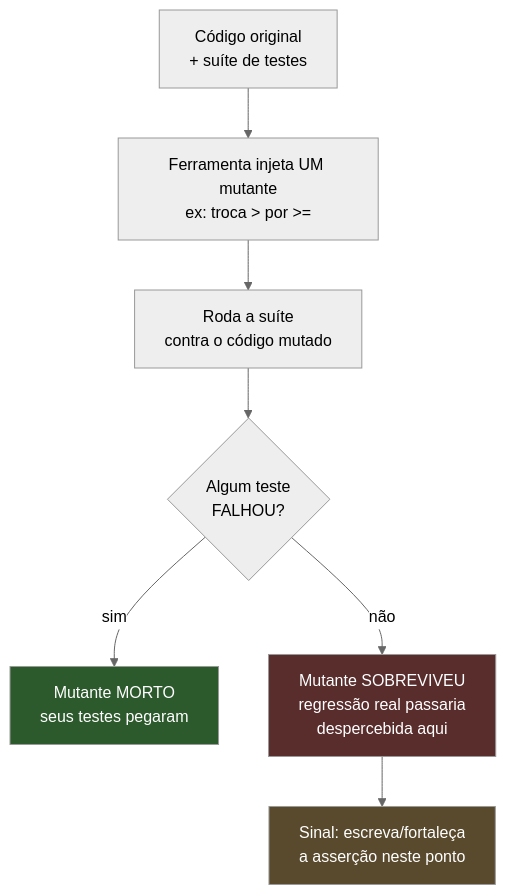
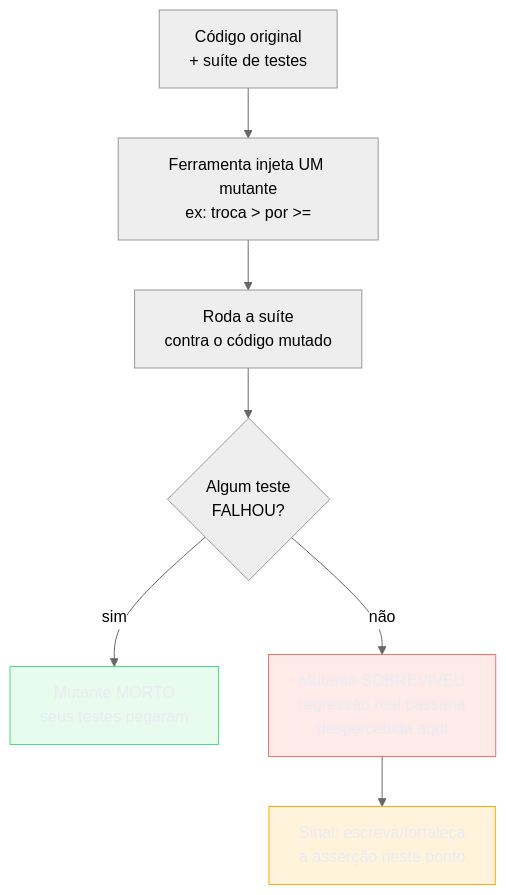
One commit to josenaldo/codex-technomanticus changed the fourth of 6 diagrams in 03-Dominios/Engenharia/Testes/12 - Coverage e mutation testing.md. Above: the diagram before and after it, drawn with Mermaid (neutral theme). The commit also changed other lines of this file and 1181 other files, not shown here.

First line of the commit message:
fix(diagramas): paleta do sistema no lugar de cor cravada no markdown

````diff
--- a/03-Dominios/Engenharia/Testes/12 - Coverage e mutation testing.md
+++ b/03-Dominios/Engenharia/Testes/12 - Coverage e mutation testing.md
@@ -189,13 +196,16 @@
 ```mermaid
 flowchart TD
+    classDef ok fill:#4ADE8021,stroke:#4ADE80,color:#E9ECF2
+    classDef falha fill:#FF6B6B24,stroke:#FF6B6B,color:#E9ECF2
+    classDef destaque fill:#FFAA0024,stroke:#FFAA00,color:#E9ECF2
     A["Código original<br/>+ suíte de testes"] --> B["Ferramenta injeta UM mutante<br/>ex: troca > por >="]
     B --> C["Roda a suíte<br/>contra o código mutado"]
     C --> D{"Algum teste<br/>FALHOU?"}
     D -->|"sim"| E["Mutante MORTO<br/>seus testes pegaram"]
     D -->|"não"| F["Mutante SOBREVIVEU<br/>regressão real passaria<br/>despercebida aqui"]
     F --> G["Sinal: escreva/fortaleça<br/>a asserção neste ponto"]
 
-    style E fill:#2d5a2d,color:#fff
-    style F fill:#5a2d2d,color:#fff
-    style G fill:#5a4a2d,color:#fff
+    class E ok
+    class F falha
+    class G destaque
 ```
````
